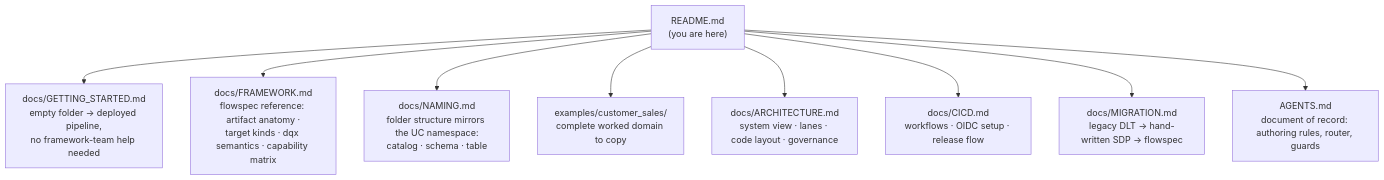
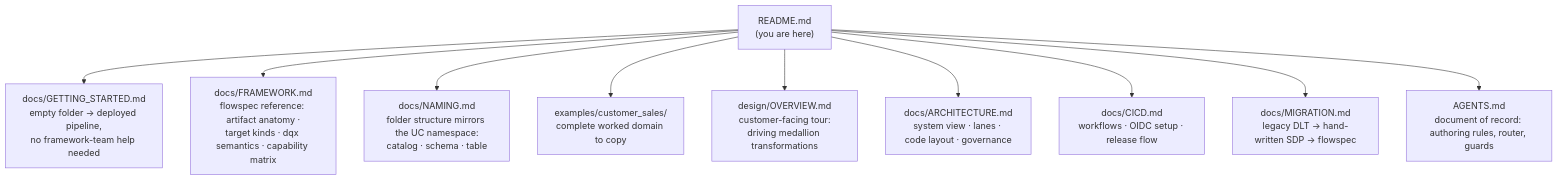
Before and after one commit to Vegash09/Demo_Lab: the second of 3 diagrams in README.md, drawn with Mermaid. The commit also changed other lines of this file and 13 other files, not shown here.

````diff
--- a/README.md
+++ b/README.md
@@ -56,11 +56,12 @@
 ```mermaid
 flowchart TD
     README["README.md<br/>(you are here)"] --> GS["docs/GETTING_STARTED.md<br/>empty folder → deployed pipeline,<br/>no framework-team help needed"]
     README --> FWK["docs/FRAMEWORK.md<br/>flowspec reference: artifact anatomy ·<br/>target kinds · dqx semantics · capability matrix"]
     README --> NAM["docs/NAMING.md<br/>folder structure mirrors the UC namespace:<br/>catalog · schema · table"]
     README --> EX["examples/customer_sales/<br/>complete worked domain to copy"]
+    README --> OVR["design/OVERVIEW.md<br/>customer-facing tour:<br/>driving medallion transformations"]
     README --> ARCH["docs/ARCHITECTURE.md<br/>system view · lanes · code layout · governance"]
     README --> CICD["docs/CICD.md<br/>workflows · OIDC setup · release flow"]
     README --> MIG["docs/MIGRATION.md<br/>legacy DLT → hand-written SDP → flowspec"]
     README --> AGENTS["AGENTS.md<br/>document of record: authoring rules, router, guards"]
 ```
````
